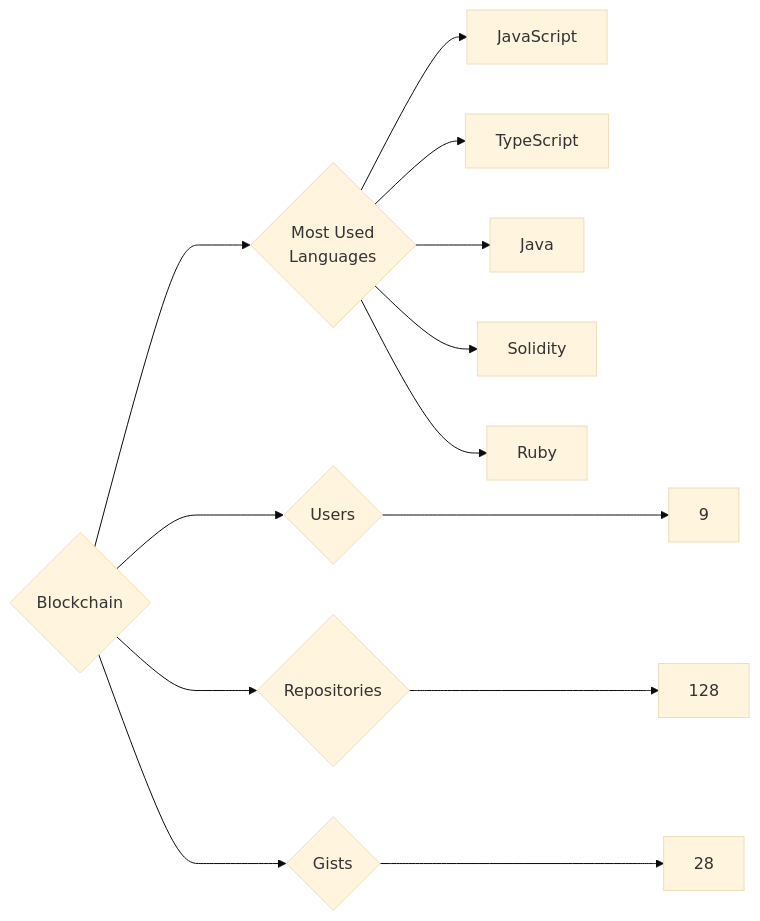
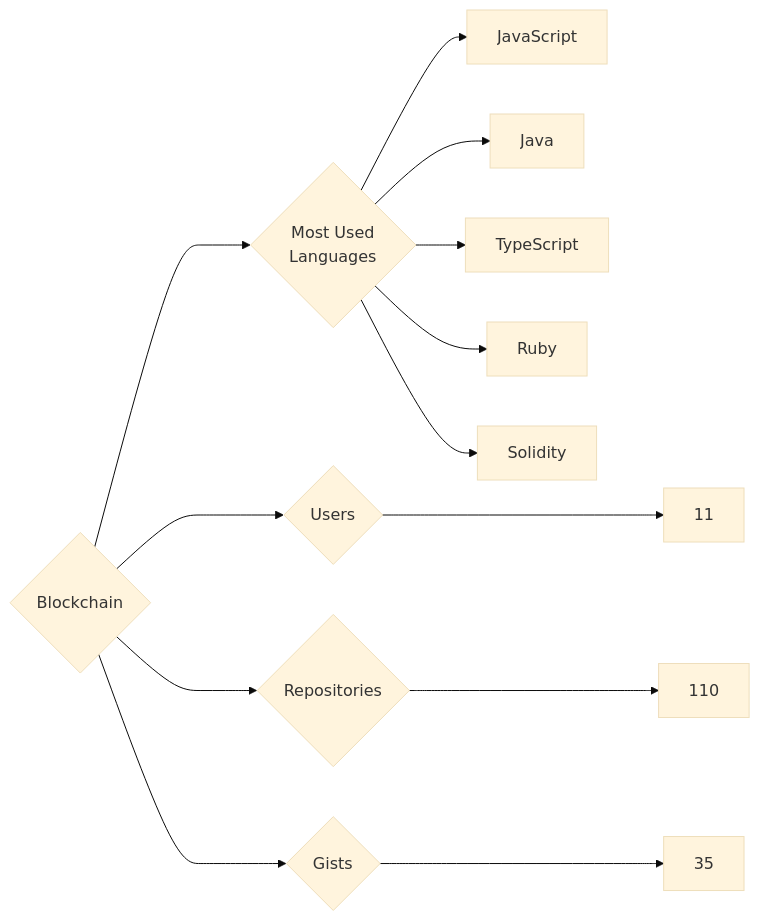
One commit to trickest/insiders changed the diagram in targets/Blockchain/README.md. Above: the diagram before and after it, drawn with Mermaid (base theme). The commit also changed 1089 other files, not shown here.

````diff
--- a/targets/Blockchain/README.md
+++ b/targets/Blockchain/README.md
@@ -3,13 +3,13 @@
 ```mermaid
 graph LR
 COMPANY_NAME{Blockchain}
-COMPANY_NAME ---> U{Users} ---> UN[9]
-COMPANY_NAME ---> R{Repositories} ---> RN[128]
-COMPANY_NAME ---> G{Gists} ---> GN[28]
+COMPANY_NAME ---> U{Users} ---> UN[11]
+COMPANY_NAME ---> R{Repositories} ---> RN[110]
+COMPANY_NAME ---> G{Gists} ---> GN[35]
 COMPANY_NAME ---> ML{Most Used<br>Languages}
 ML --> JavaScript[JavaScript]
+ML --> Java[Java]
 ML --> TypeScript[TypeScript]
-ML --> Java[Java]
+ML --> Ruby[Ruby]
 ML --> Solidity[Solidity]
-ML --> Ruby[Ruby]
 ```
````
